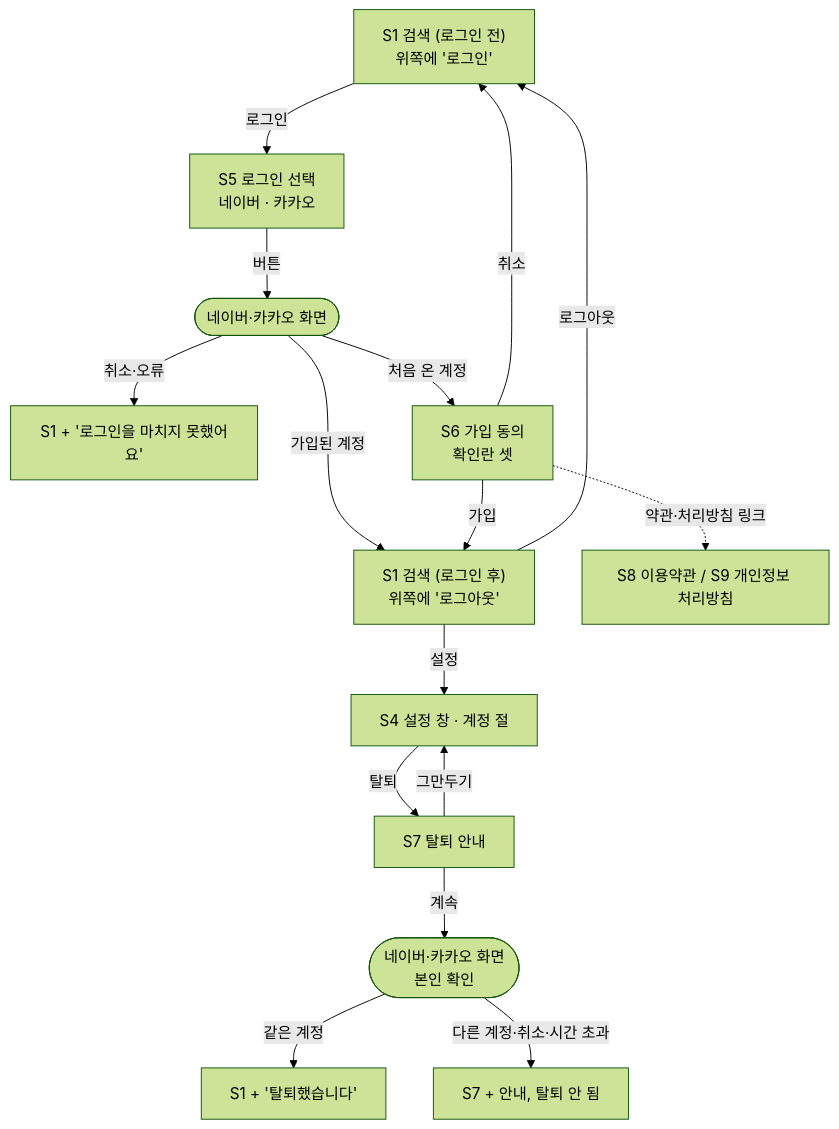
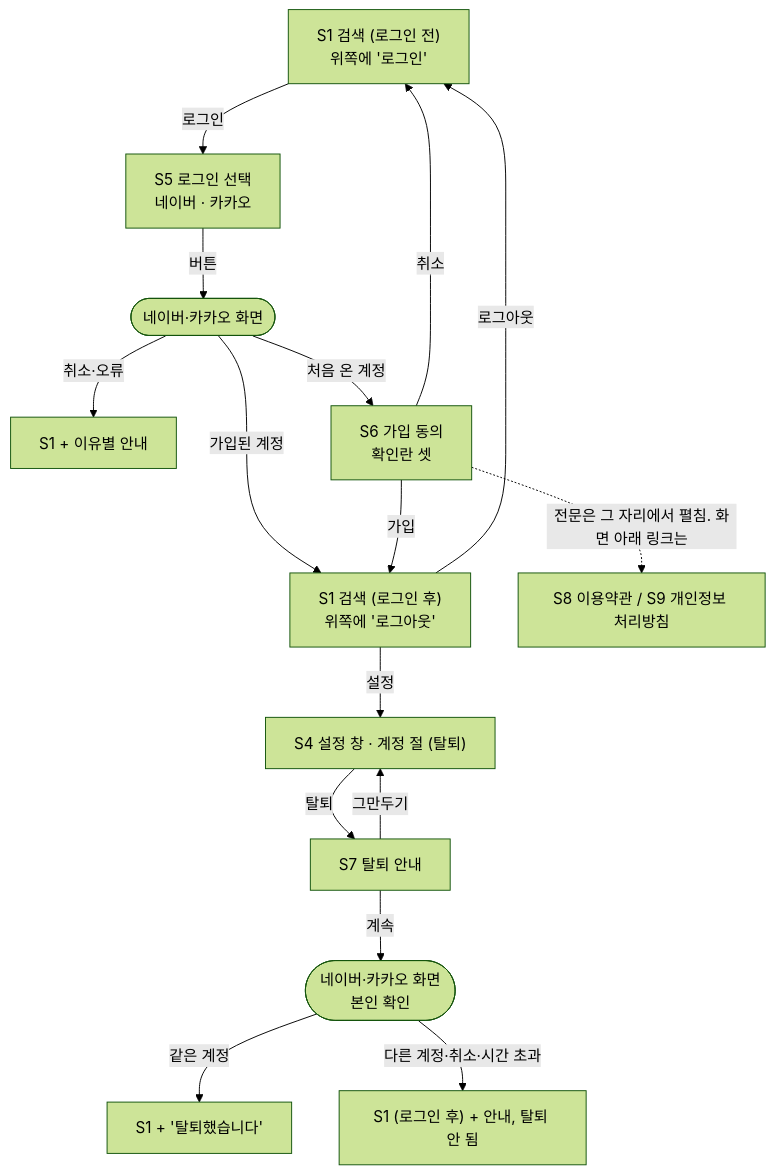
Before and after one commit to hodu-sketch/chaekcheck-plan: the diagram in docs/cycles/05-login-account/flow.md, drawn with Mermaid (forest theme). The commit also changed other lines of this file and 37 other files, not shown here.

First line of the commit message:
cycle 05: spec and flow decided, design proposal; canvas decision pages

````diff
--- a/docs/cycles/05-login-account/flow.md
+++ b/docs/cycles/05-login-account/flow.md
@@ -7,18 +10,18 @@
 ```mermaid
 flowchart TB
   S1["S1 검색 (로그인 전)<br/>위쪽에 '로그인'"] -->|로그인| S5["S5 로그인 선택<br/>네이버 · 카카오"]
   S5 -->|버튼| IDP(["네이버·카카오 화면"])
-  IDP -->|취소·오류| S1f["S1 + '로그인을 마치지 못했어요'"]
+  IDP -->|취소·오류| S1f["S1 + 이유별 안내"]
   IDP -->|처음 온 계정| S6["S6 가입 동의<br/>확인란 셋"]
   IDP -->|가입된 계정| S1in["S1 검색 (로그인 후)<br/>위쪽에 '로그아웃'"]
   S6 -->|가입| S1in
   S6 -->|취소| S1
-  S6 -.->|약관·처리방침 링크| S8["S8 이용약관 / S9 개인정보 처리방침"]
+  S6 -.->|전문은 그 자리에서 펼침. 화면 아래 링크는| S8["S8 이용약관 / S9 개인정보 처리방침"]
   S1in -->|로그아웃| S1
-  S1in -->|설정| S4["S4 설정 창 · 계정 절"]
+  S1in -->|설정| S4["S4 설정 창 · 계정 절 (탈퇴)"]
   S4 -->|탈퇴| S7["S7 탈퇴 안내"]
   S7 -->|계속| IDP2(["네이버·카카오 화면<br/>본인 확인"])
   IDP2 -->|같은 계정| S1out["S1 + '탈퇴했습니다'"]
-  IDP2 -->|다른 계정·취소·시간 초과| S7e["S7 + 안내, 탈퇴 안 됨"]
+  IDP2 -->|다른 계정·취소·시간 초과| S7e["S1 (로그인 후) + 안내, 탈퇴 안 됨"]
   S7 -->|그만두기| S4
 ```
````
